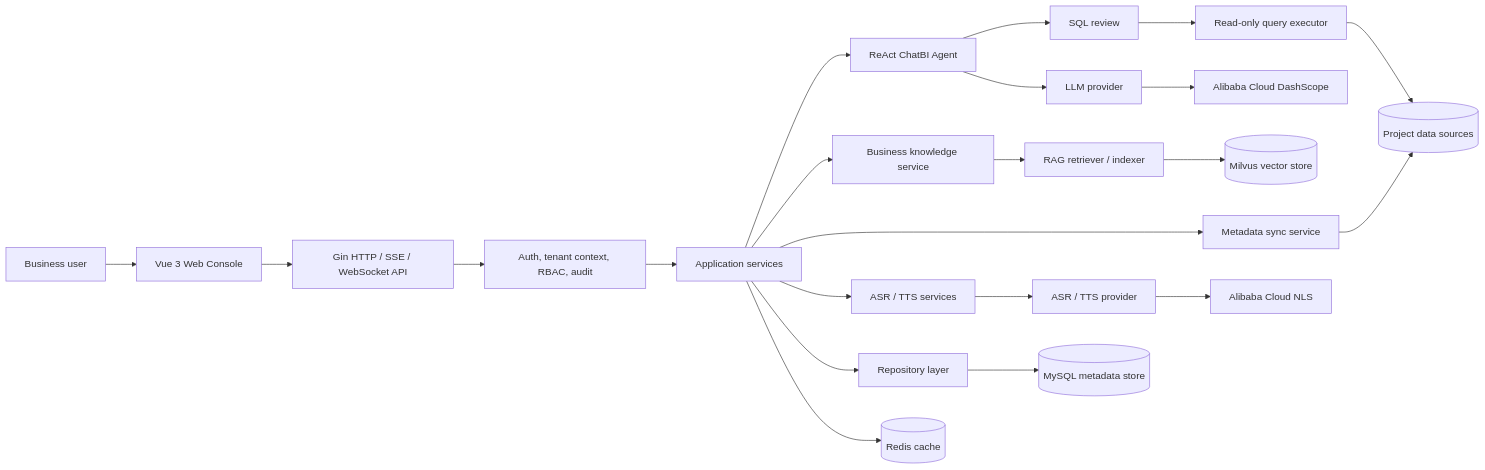
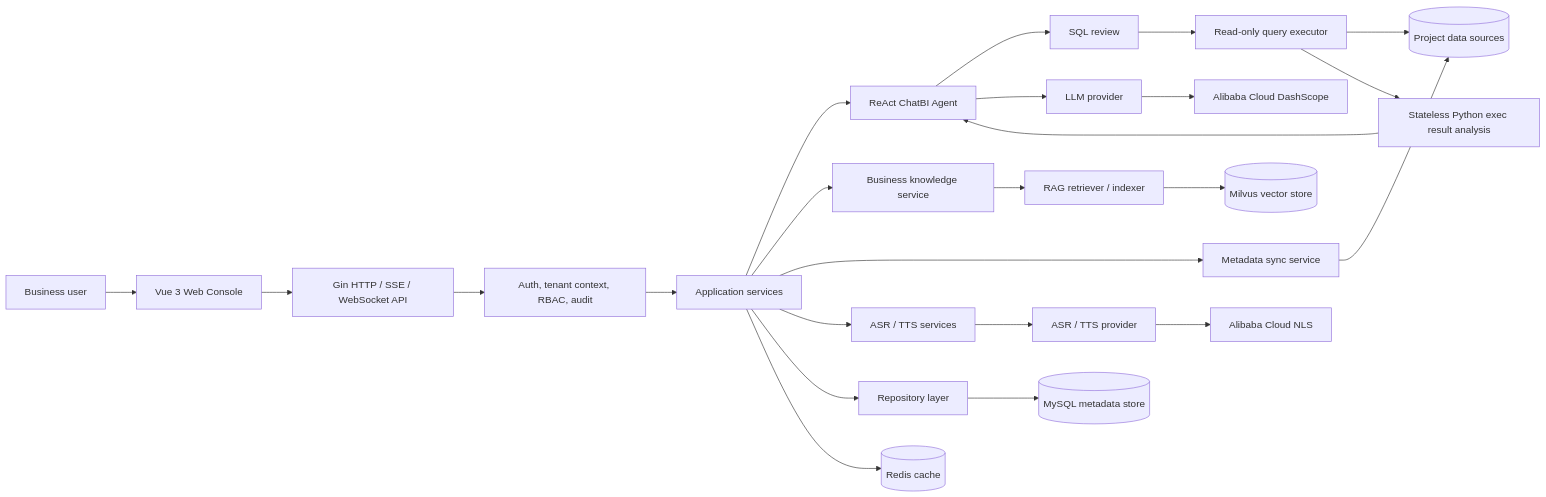
The first of 3 diagrams in README.md (fanxiangqing/ling-shu), drawn with Mermaid before and after one commit. The commit also changed other lines of this file and 8 other files, not shown here.

````diff
--- a/README.md
+++ b/README.md
@@ -59,28 +60,30 @@
 ```mermaid
 flowchart LR
   User["Business user"] --> Web["Vue 3 Web Console"]
   Web --> API["Gin HTTP / SSE / WebSocket API"]
   API --> Gate["Auth, tenant context, RBAC, audit"]
   Gate --> Service["Application services"]
 
   Service --> Agent["ReAct ChatBI Agent"]
   Service --> Knowledge["Business knowledge service"]
   Service --> Metadata["Metadata sync service"]
   Service --> Voice["ASR / TTS services"]
   Service --> Repo["Repository layer"]
 
   Agent --> Review["SQL review"]
   Review --> Executor["Read-only query executor"]
   Executor --> Sources[("Project data sources")]
+  Executor --> PyExec["Stateless Python exec result analysis"]
+  PyExec --> Agent
 
   Knowledge --> RAG["RAG retriever / indexer"]
   RAG --> Milvus[("Milvus vector store")]
 
   Metadata --> Sources
   Repo --> MySQL[("MySQL metadata store")]
   Service --> Redis[("Redis cache")]
   Agent --> LLM["LLM provider"]
   Voice --> Speech["ASR / TTS provider"]
   LLM --> Aliyun["Alibaba Cloud DashScope"]
   Speech --> AliyunNLS["Alibaba Cloud NLS"]
 ```
````
